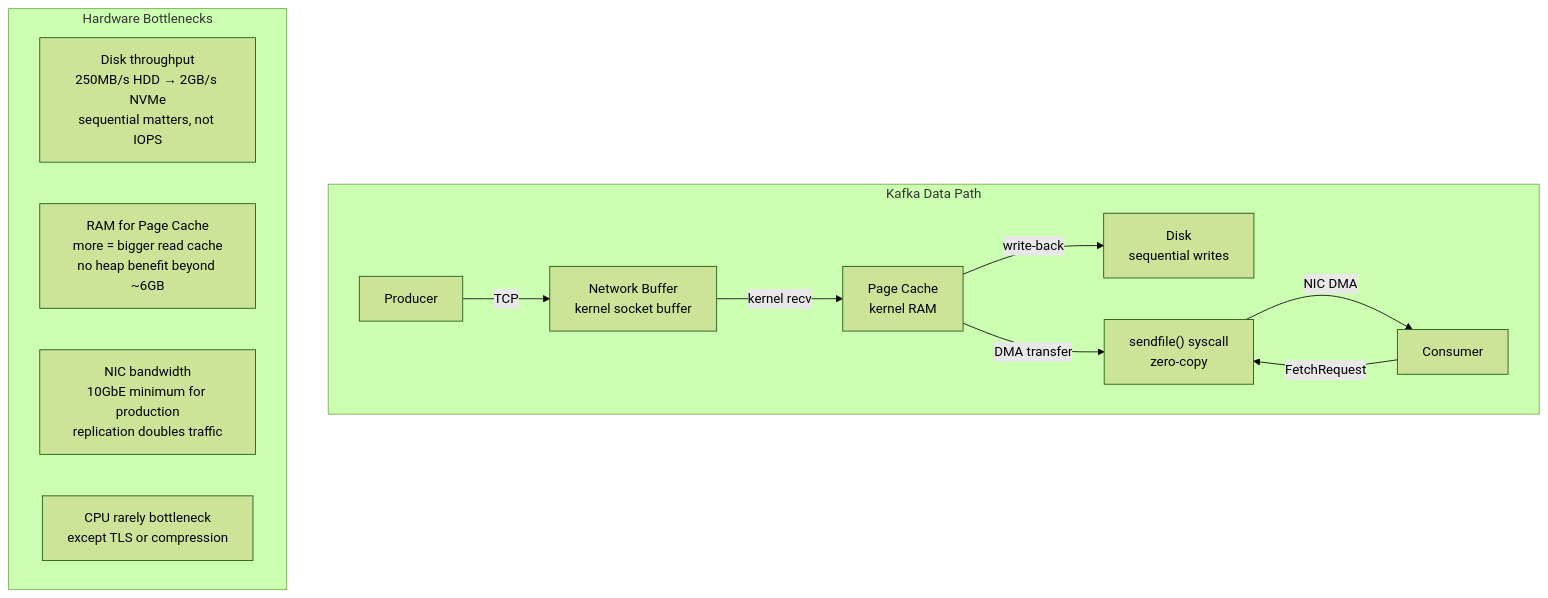
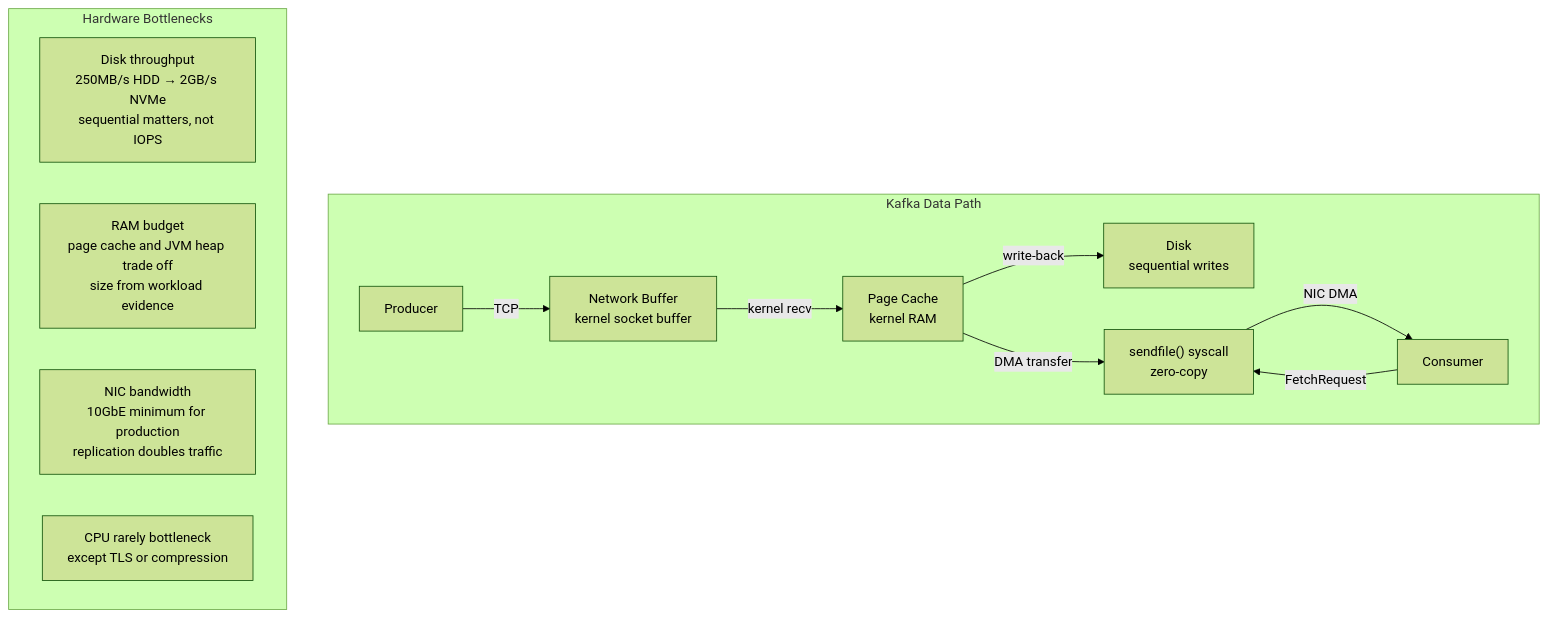
Before and after one commit to choisimo/document: the tenth of 24 diagrams in content/docs/books/kafka/kafka-internals-definitive.md, drawn with Mermaid (forest theme). The commit also changed other lines of this file and 504 other files, not shown here.

````diff
--- a/content/docs/books/kafka/kafka-internals-definitive.md
+++ b/content/docs/books/kafka/kafka-internals-definitive.md
@@ -258,19 +265,19 @@
 ```mermaid
 flowchart TD
     subgraph DataPath["Kafka Data Path"]
         P[Producer] -->|TCP| NET[Network Buffer\nkernel socket buffer]
         NET -->|kernel recv| PC[Page Cache\nkernel RAM]
         PC -->|write-back| DISK[Disk\nsequential writes]
         
         CON[Consumer] -->|FetchRequest| SENDFILE["sendfile() syscall\nzero-copy"]
         PC -->|DMA transfer| SENDFILE
         SENDFILE -->|NIC DMA| CON
     end
     
     subgraph HW["Hardware Bottlenecks"]
         DISK2["Disk throughput\n250MB/s HDD → 2GB/s NVMe\nsequential matters, not IOPS"]
-        RAM2["RAM for Page Cache\nmore = bigger read cache\nno heap benefit beyond ~6GB"]
+        RAM2["RAM budget\npage cache and JVM heap trade off\nsize from workload evidence"]
         NET2["NIC bandwidth\n10GbE minimum for production\nreplication doubles traffic"]
         CPU2["CPU rarely bottleneck\nexcept TLS or compression"]
     end
 ```
````
